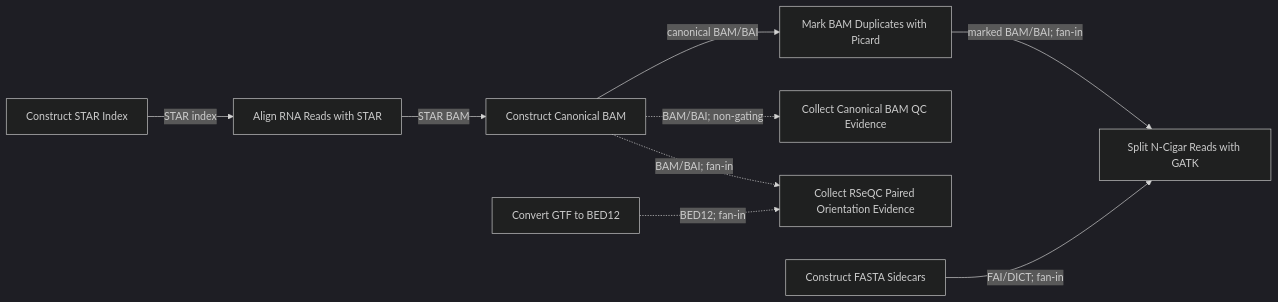
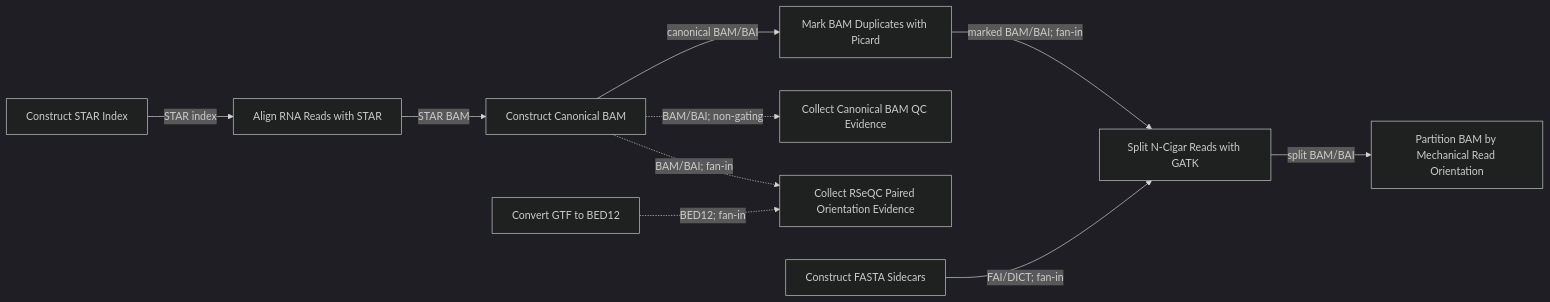
One commit to lab-cats/EMRYS changed the diagram in src/norad/contracts/STAGE_MAP.md. Above: the diagram before and after it, drawn with Mermaid (dark theme). The commit also changed other lines of this file, not shown here.

Commit message:
docs: map mechanical orientation partition

````diff
--- a/src/norad/contracts/STAGE_MAP.md
+++ b/src/norad/contracts/STAGE_MAP.md
@@ -104,21 +106,23 @@
 ```mermaid
 flowchart LR
     construct_STAR_index["Construct STAR Index"]
     convert_GTF_to_BED12["Convert GTF to BED12"]
     construct_FASTA_sidecars["Construct FASTA Sidecars"]
     align_RNA_reads_with_STAR["Align RNA Reads with STAR"]
     construct_canonical_BAM["Construct Canonical BAM"]
     collect_canonical_BAM_QC_evidence["Collect Canonical BAM QC Evidence"]
     collect_RSeQC_paired_orientation_evidence["Collect RSeQC Paired Orientation Evidence"]
     mark_BAM_duplicates_with_Picard["Mark BAM Duplicates with Picard"]
     split_N_cigar_reads_with_GATK["Split N-Cigar Reads with GATK"]
+    partition_BAM_by_mechanical_read_orientation["Partition BAM by Mechanical Read Orientation"]
 
     construct_STAR_index -->|STAR index| align_RNA_reads_with_STAR
     align_RNA_reads_with_STAR -->|STAR BAM| construct_canonical_BAM
     construct_canonical_BAM -.->|BAM/BAI; non-gating| collect_canonical_BAM_QC_evidence
     construct_canonical_BAM -.->|BAM/BAI; fan-in| collect_RSeQC_paired_orientation_evidence
     convert_GTF_to_BED12 -.->|BED12; fan-in| collect_RSeQC_paired_orientation_evidence
     construct_canonical_BAM -->|canonical BAM/BAI| mark_BAM_duplicates_with_Picard
     mark_BAM_duplicates_with_Picard -->|marked BAM/BAI; fan-in| split_N_cigar_reads_with_GATK
     construct_FASTA_sidecars -->|FAI/DICT; fan-in| split_N_cigar_reads_with_GATK
+    split_N_cigar_reads_with_GATK -->|split BAM/BAI| partition_BAM_by_mechanical_read_orientation
 ```
````
